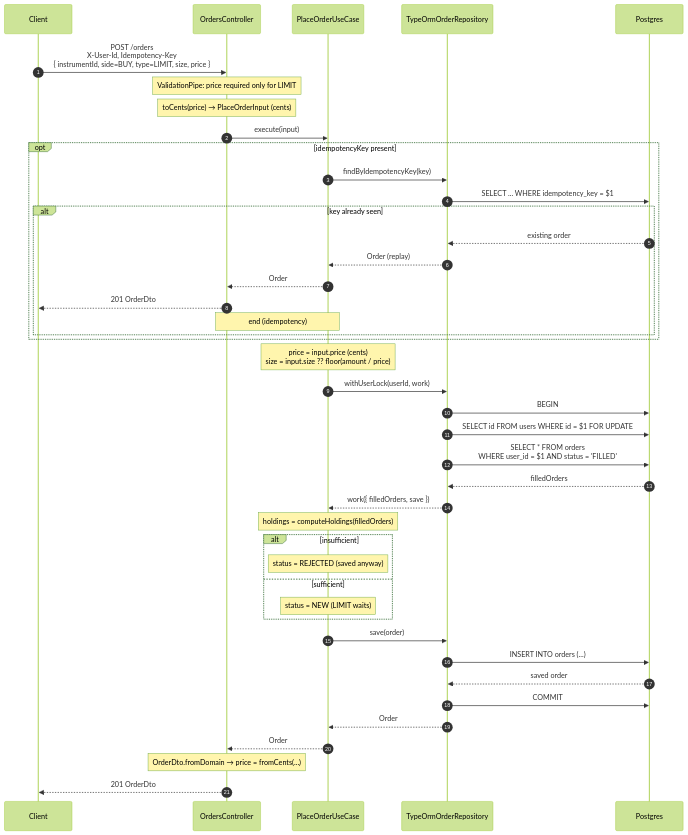
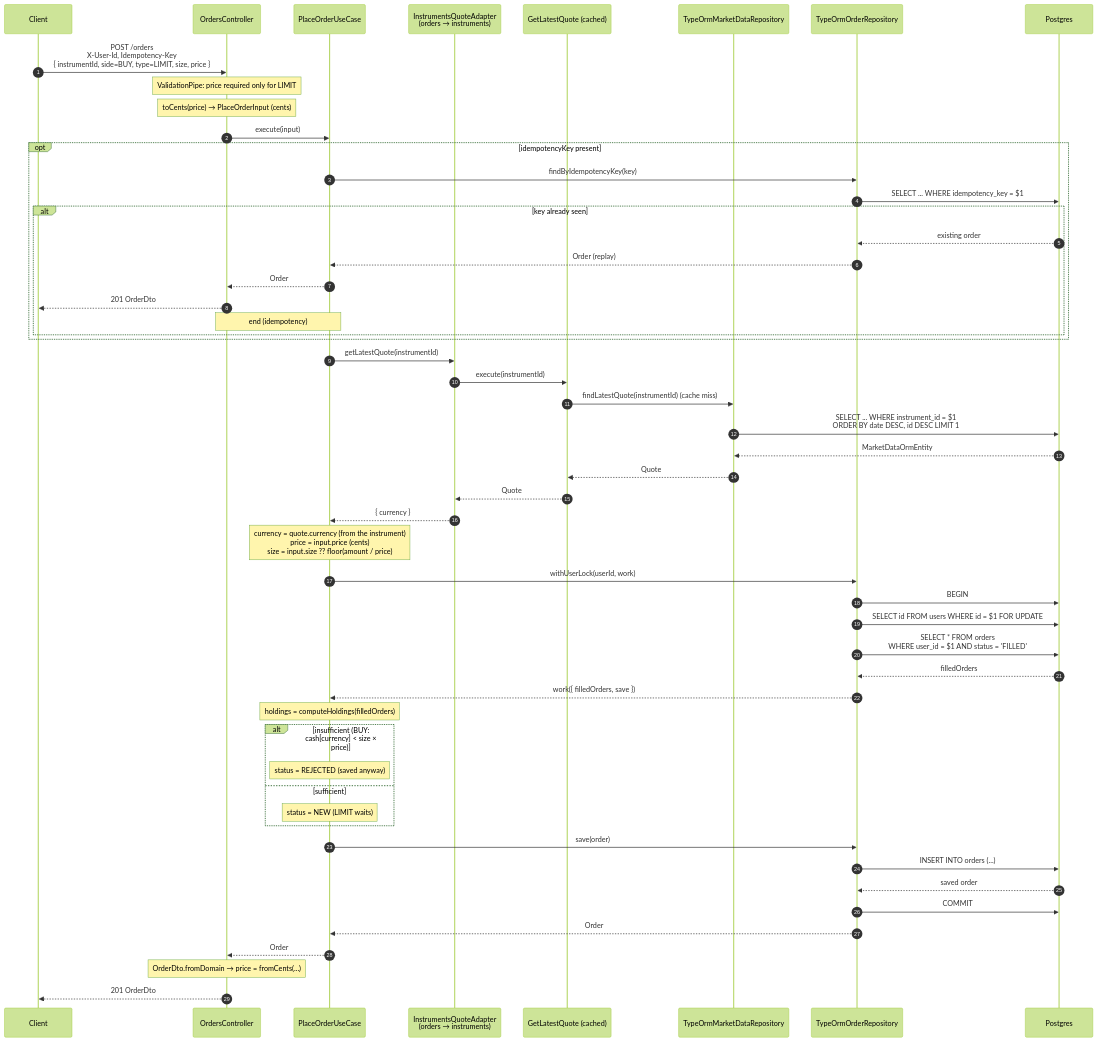
The diagram in docs/sequence-diagrams/place-order-limit.md (wchopite/cocos-capital), drawn with Mermaid (forest theme) before and after one commit. The commit also changed other lines of this file and 7 other files, not shown here.

Commit message:
docs: document multi-currency and Redis quote cache

````diff
--- a/docs/sequence-diagrams/place-order-limit.md
+++ b/docs/sequence-diagrams/place-order-limit.md
@@ -7,49 +7,60 @@
 ```mermaid
 sequenceDiagram
     autonumber
     participant C as Client
     participant CTRL as OrdersController
     participant UC as PlaceOrderUseCase
+    participant QA as InstrumentsQuoteAdapter<br/>(orders → instruments)
+    participant QUC as GetLatestQuote (cached)
+    participant MR as TypeOrmMarketDataRepository
     participant OR as TypeOrmOrderRepository
     participant DB as Postgres
 
     C->>CTRL: POST /orders<br/>X-User-Id, Idempotency-Key<br/>{ instrumentId, side=BUY, type=LIMIT, size, price }
     Note over CTRL: ValidationPipe: price required only for LIMIT
     Note over CTRL: toCents(price) → PlaceOrderInput (cents)
     CTRL->>UC: execute(input)
 
     opt idempotencyKey present
         UC->>OR: findByIdempotencyKey(key)
         OR->>DB: SELECT ... WHERE idempotency_key = $1
         alt key already seen
             DB-->>OR: existing order
             OR-->>UC: Order (replay)
             UC-->>CTRL: Order
             CTRL-->>C: 201 OrderDto
             Note over UC,CTRL: end (idempotency)
         end
     end
 
-    Note over UC: price = input.price (cents)<br/>size = input.size ?? floor(amount / price)
+    UC->>QA: getLatestQuote(instrumentId)
+    QA->>QUC: execute(instrumentId)
+    QUC->>MR: findLatestQuote(instrumentId)  (cache miss)
+    MR->>DB: SELECT ... WHERE instrument_id = $1<br/>ORDER BY date DESC, id DESC LIMIT 1
+    DB-->>MR: MarketDataOrmEntity
+    MR-->>QUC: Quote
+    QUC-->>QA: Quote
+    QA-->>UC: { currency }
+    Note over UC: currency = quote.currency (from the instrument)<br/>price = input.price (cents)<br/>size = input.size ?? floor(amount / price)
 
     UC->>OR: withUserLock(userId, work)
     OR->>DB: BEGIN
     OR->>DB: SELECT id FROM users WHERE id = $1 FOR UPDATE
     OR->>DB: SELECT * FROM orders<br/>WHERE user_id = $1 AND status = 'FILLED'
     DB-->>OR: filledOrders
     OR-->>UC: work({ filledOrders, save })
     Note over UC: holdings = computeHoldings(filledOrders)
-    alt insufficient
+    alt insufficient (BUY: cash[currency] < size × price)
         Note over UC: status = REJECTED (saved anyway)
     else sufficient
         Note over UC: status = NEW (LIMIT waits)
     end
     UC->>OR: save(order)
     OR->>DB: INSERT INTO orders (...)
     DB-->>OR: saved order
     OR->>DB: COMMIT
     OR-->>UC: Order
     UC-->>CTRL: Order
     Note over CTRL: OrderDto.fromDomain → price = fromCents(...)
     CTRL-->>C: 201 OrderDto
 ```
````
